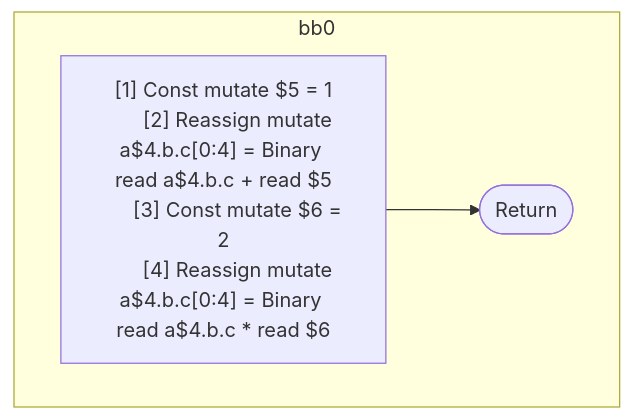
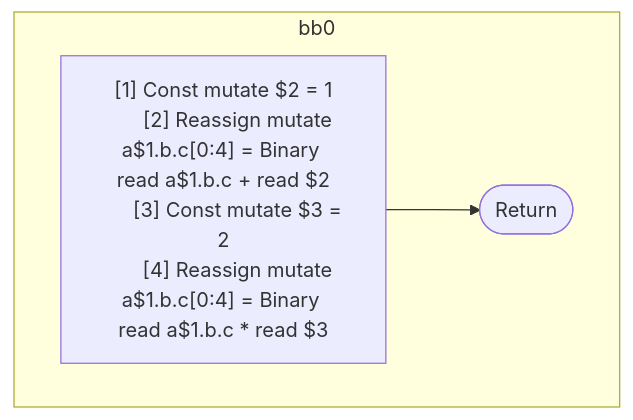
One commit to wutsmog/private changed the second of 2 diagrams in compiler/forget/src/__tests__/fixtures/hir/assignment-variations.expect.md. Above: the diagram before and after it, drawn with Mermaid. The commit also changed other lines of this file and 57 other files, not shown here.

````diff
--- a/compiler/forget/src/__tests__/fixtures/hir/assignment-variations.expect.md
+++ b/compiler/forget/src/__tests__/fixtures/hir/assignment-variations.expect.md
@@ -80,16 +80,16 @@
 ```mermaid
 flowchart TB
   %% Basic Blocks
   subgraph bb0
     bb0_instrs["
-      [1] Const mutate $5 = 1
-      [2] Reassign mutate a$4.b.c[0:4] = Binary read a$4.b.c + read $5
-      [3] Const mutate $6 = 2
-      [4] Reassign mutate a$4.b.c[0:4] = Binary read a$4.b.c * read $6
+      [1] Const mutate $2 = 1
+      [2] Reassign mutate a$1.b.c[0:4] = Binary read a$1.b.c + read $2
+      [3] Const mutate $3 = 2
+      [4] Reassign mutate a$1.b.c[0:4] = Binary read a$1.b.c * read $3
     "]
     bb0_instrs --> bb0_terminal(["Return"])
   end
 
   %% Jumps
   %% empty
 ```
````
